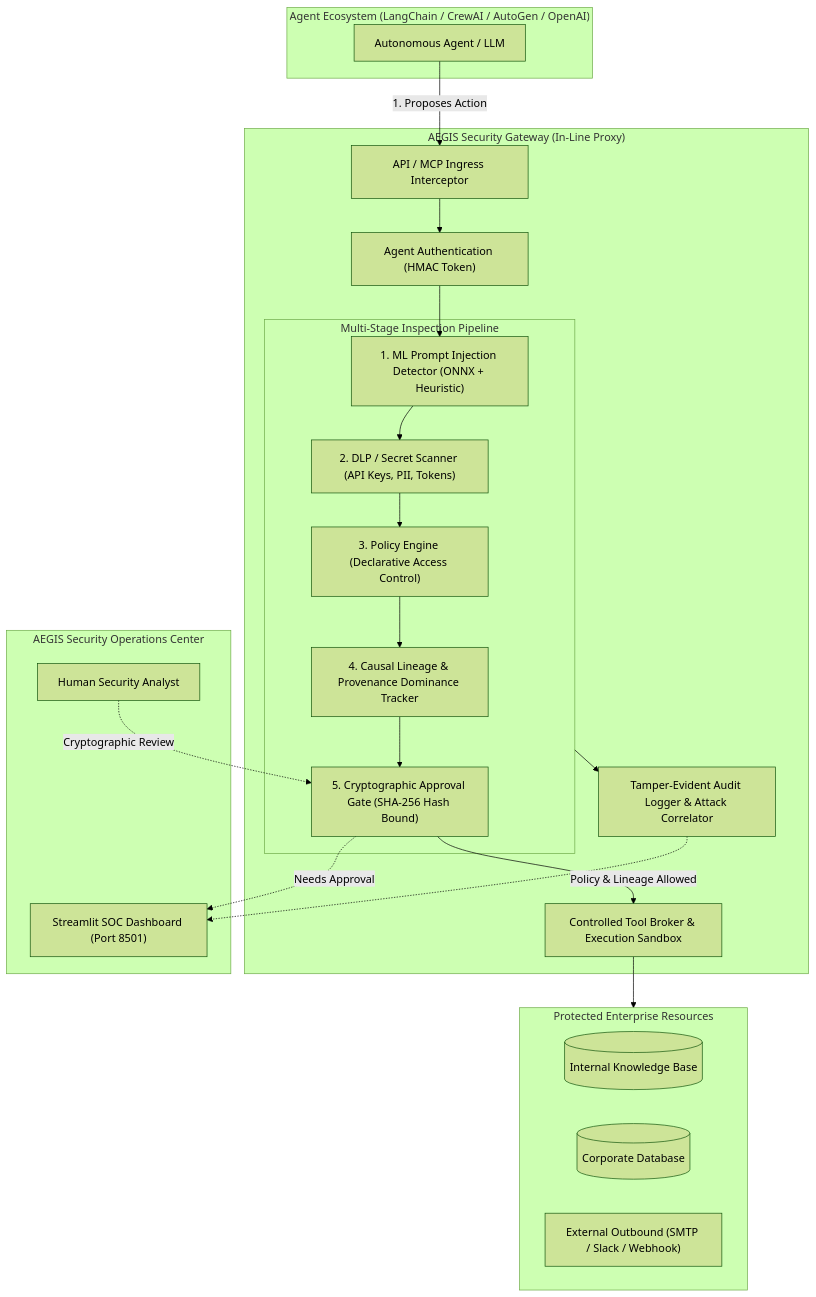
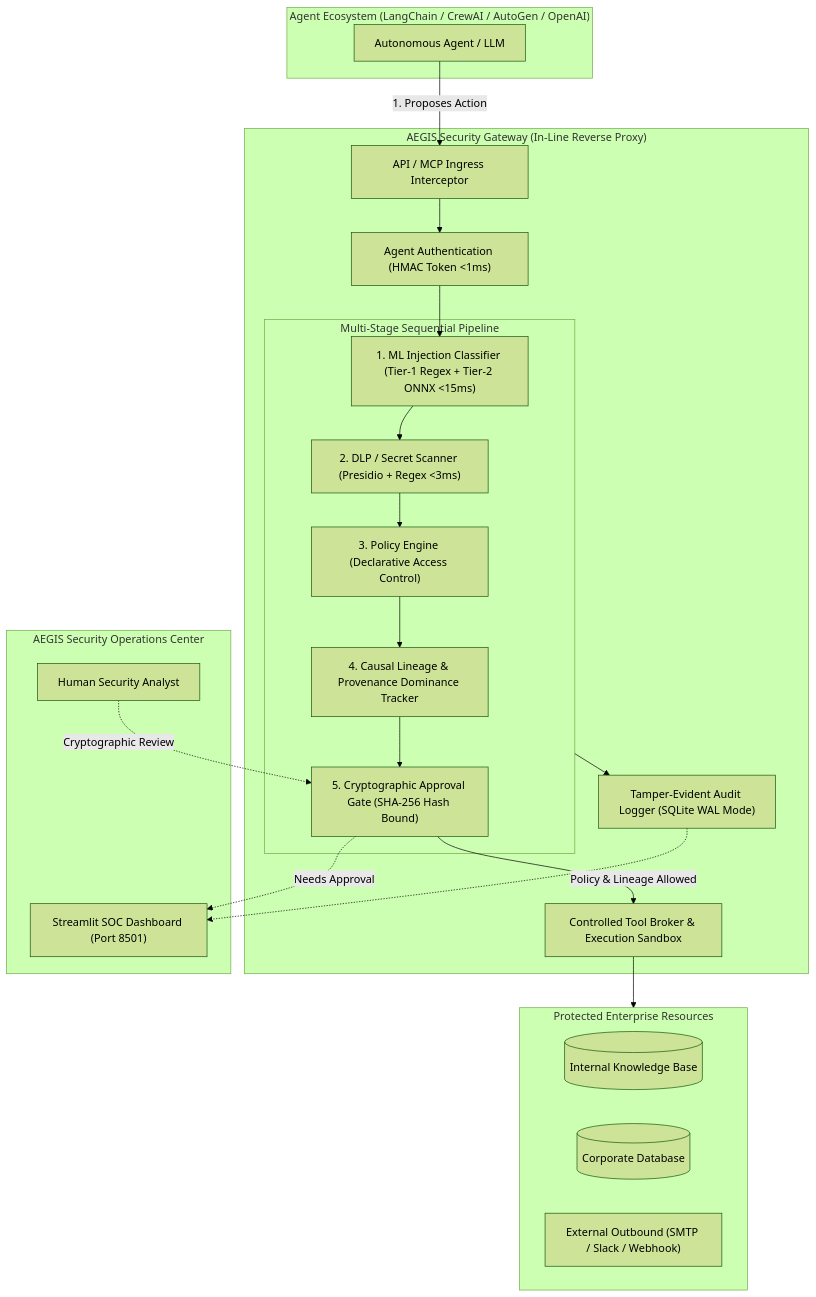
The diagram in README.md (adityajadaun39-bit/AEGIS-ai), drawn with Mermaid (forest theme) before and after one commit. The commit also changed other lines of this file, not shown here.

````diff
--- a/README.md
+++ b/README.md
@@ -31,50 +30,50 @@
 ```mermaid
 flowchart TD
     subgraph Agent_Ecosystem["Agent Ecosystem (LangChain / CrewAI / AutoGen / OpenAI)"]
         Agent["Autonomous Agent / LLM"]
     end
 
-    subgraph AEGIS_Gateway["AEGIS Security Gateway (In-Line Proxy)"]
+    subgraph AEGIS_Gateway["AEGIS Security Gateway (In-Line Reverse Proxy)"]
         Ingress["API / MCP Ingress Interceptor"]
-        AuthModule["Agent Authentication (HMAC Token)"]
+        AuthModule["Agent Authentication (HMAC Token <1ms)"]
         
-        subgraph Inspection_Pipeline["Multi-Stage Inspection Pipeline"]
-            ML_Detector["1. ML Prompt Injection Detector (ONNX + Heuristic)"]
-            DLP_Scanner["2. DLP / Secret Scanner (API Keys, PII, Tokens)"]
+        subgraph Inspection_Pipeline["Multi-Stage Sequential Pipeline"]
+            ML_Detector["1. ML Injection Classifier (Tier-1 Regex + Tier-2 ONNX <15ms)"]
+            DLP_Scanner["2. DLP / Secret Scanner (Presidio + Regex <3ms)"]
             OPA_Policy["3. Policy Engine (Declarative Access Control)"]
             Causal_Lineage["4. Causal Lineage & Provenance Dominance Tracker"]
             Approval_Gate["5. Cryptographic Approval Gate (SHA-256 Hash Bound)"]
         end
         
         ToolBroker["Controlled Tool Broker & Execution Sandbox"]
-        AuditEngine["Tamper-Evident Audit Logger & Attack Correlator"]
+        AuditEngine["Tamper-Evident Audit Logger (SQLite WAL Mode)"]
     end
 
     subgraph External_Sinks["Protected Enterprise Resources"]
         Docs[(Internal Knowledge Base)]
         DB[(Corporate Database)]
         Email["External Outbound (SMTP / Slack / Webhook)"]
     end
 
     subgraph SOC_Console["AEGIS Security Operations Center"]
         Dashboard["Streamlit SOC Dashboard (Port 8501)"]
         Reviewer["Human Security Analyst"]
     end
 
     Agent -->|1. Proposes Action| Ingress
     Ingress --> AuthModule
     AuthModule --> ML_Detector
     ML_Detector --> DLP_Scanner
     DLP_Scanner --> OPA_Policy
     OPA_Policy --> Causal_Lineage
     Causal_Lineage --> Approval_Gate
 
     Approval_Gate -.->|Needs Approval| Dashboard
     Reviewer -.->|Cryptographic Review| Approval_Gate
 
     Approval_Gate -->|Policy & Lineage Allowed| ToolBroker
     ToolBroker --> External_Sinks
 
     Inspection_Pipeline --> AuditEngine
     AuditEngine -.-> Dashboard
 ```
````
